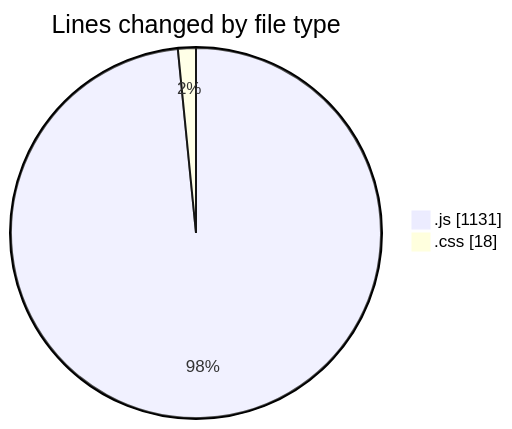
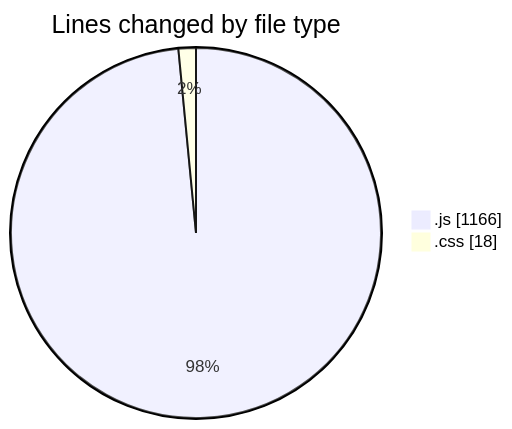
Before and after one commit to lephambinh05/code-tracking: the first of 2 diagrams in 2025-09-03/quytuthien_vn/README.md, drawn with Mermaid. The commit also changed other lines of this file and 1 other file, not shown here.

````diff
--- a/2025-09-03/quytuthien_vn/README.md
+++ b/2025-09-03/quytuthien_vn/README.md
@@ -33,6 +33,6 @@
 ```mermaid
 pie showData
 title Lines changed by file type
-".js" : 1131
+".js" : 1166
 ".css" : 18
 ```
````
